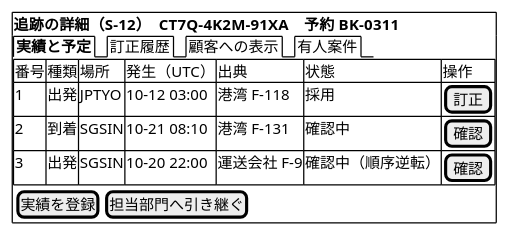
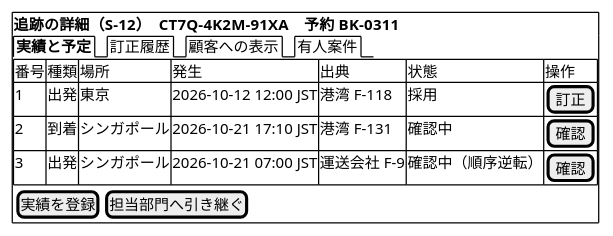
Diagram 19 of 21 in docs/design/cargo-tracker/ui_design.md (k2works/practical-domain-driven-design-in-enterpris-application), drawn with PlantUML before and after one commit. The commit also changed other lines of this file and 25 other files, not shown here.

````diff
--- a/docs/design/cargo-tracker/ui_design.md
+++ b/docs/design/cargo-tracker/ui_design.md
@@ -474,15 +679,15 @@
 ```plantuml
 @startsalt
 {+
   <b>追跡の詳細（S-12）　CT7Q-4K2M-91XA　予約 BK-0311
   {/ <b>実績と予定 | 訂正履歴 | 顧客への表示 | 有人案件 }
   {#
-    番号 | 種類 | 場所 | 発生（UTC） | 出典 | 状態 | 操作
-    1 | 出発 | JPTYO | 10-12 03:00 | 港湾 F-118 | 採用 | [ 訂正 ]
-    2 | 到着 | SGSIN | 10-21 08:10 | 港湾 F-131 | 確認中 | [ 確認 ]
-    3 | 出発 | SGSIN | 10-20 22:00 | 運送会社 F-9 | 確認中（順序逆転） | [ 確認 ]
+    番号 | 種類 | 場所 | 発生 | 出典 | 状態 | 操作
+    1 | 出発 | 東京 | 2026-10-12 12:00 JST | 港湾 F-118 | 採用 | [ 訂正 ]
+    2 | 到着 | シンガポール | 2026-10-21 17:10 JST | 港湾 F-131 | 確認中 | [ 確認 ]
+    3 | 出発 | シンガポール | 2026-10-21 07:00 JST | 運送会社 F-9 | 確認中（順序逆転） | [ 確認 ]
   }
   { [ 実績を登録 ] | [ 担当部門へ引き継ぐ ] }
 }
 @endsalt
 ```
````
